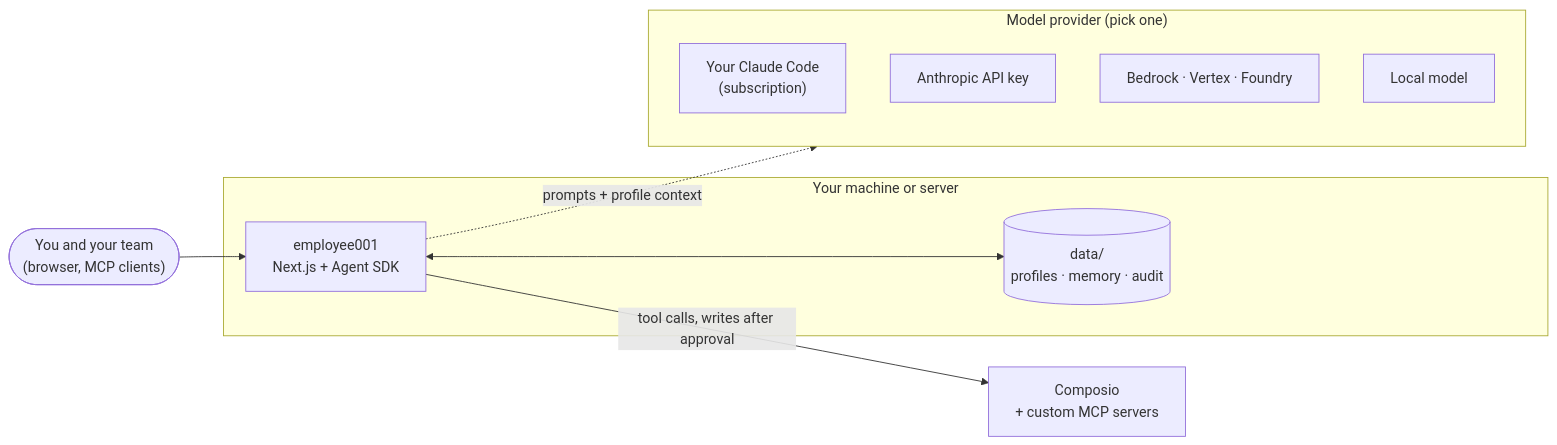
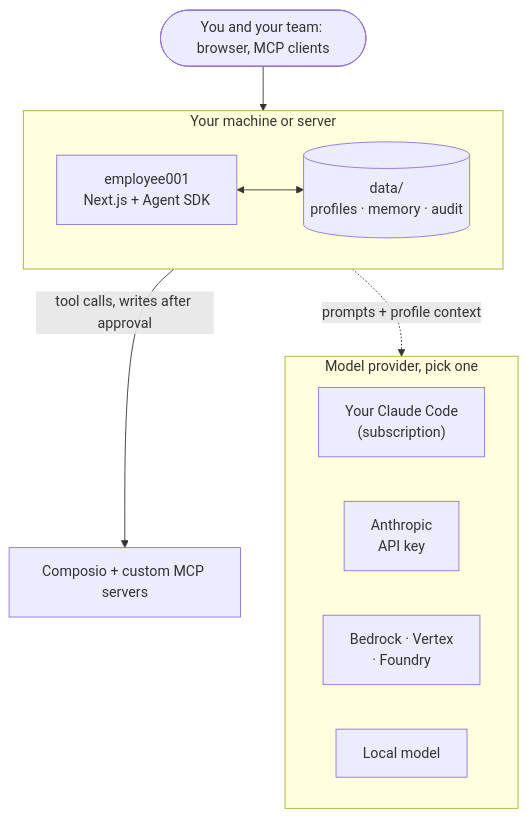
One commit to dolevhayut/Employee001 changed the second of 2 diagrams in README.md. Above: the diagram before and after it, drawn with Mermaid. The commit also changed other lines of this file, not shown here.

Commit message:
docs(readme): vertical diagrams so they read at README width

````diff
--- a/README.md
+++ b/README.md
@@ -329,20 +328,22 @@
 ```mermaid
-flowchart LR
-    People(["You and your team<br/>(browser, MCP clients)"])
+flowchart TB
+    People(["You and your team: browser, MCP clients"])
     subgraph local ["Your machine or server"]
+        direction LR
         Server["employee001<br/>Next.js + Agent SDK"]
         Data[("data/<br/>profiles · memory · audit")]
         Server <--> Data
     end
-    subgraph models ["Model provider (pick one)"]
+    subgraph models ["Model provider, pick one"]
+        direction LR
         CC["Your Claude Code<br/>(subscription)"]
-        API["Anthropic API key"]
-        Cloud["Bedrock · Vertex · Foundry"]
+        API["Anthropic<br/>API key"]
+        Cloud["Bedrock · Vertex<br/>· Foundry"]
         Local["Local model"]
     end
-    Tools["Composio<br/>+ custom MCP servers"]
+    Tools["Composio + custom MCP servers"]
 
     People --> Server
     Server -.->|prompts + profile context| models
     Server -->|tool calls, writes after approval| Tools
 ```
````
